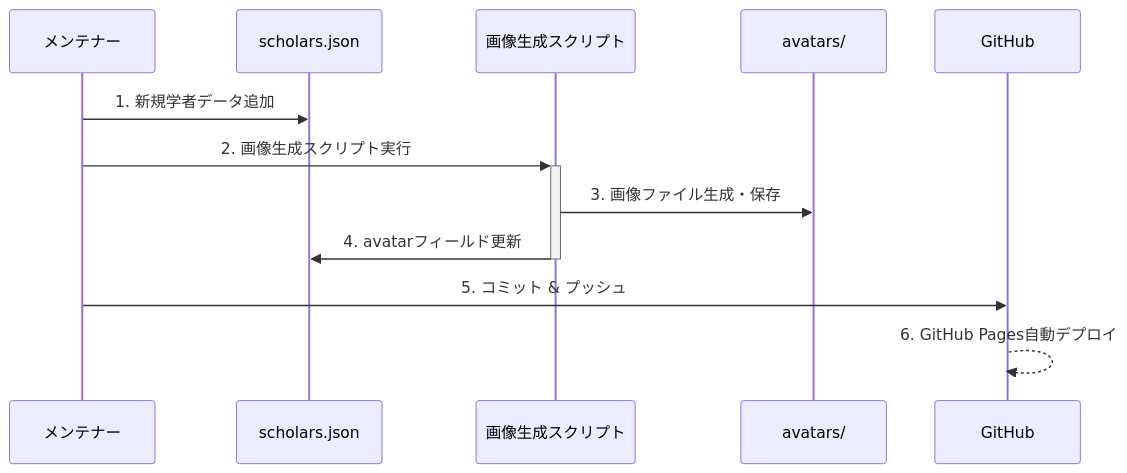
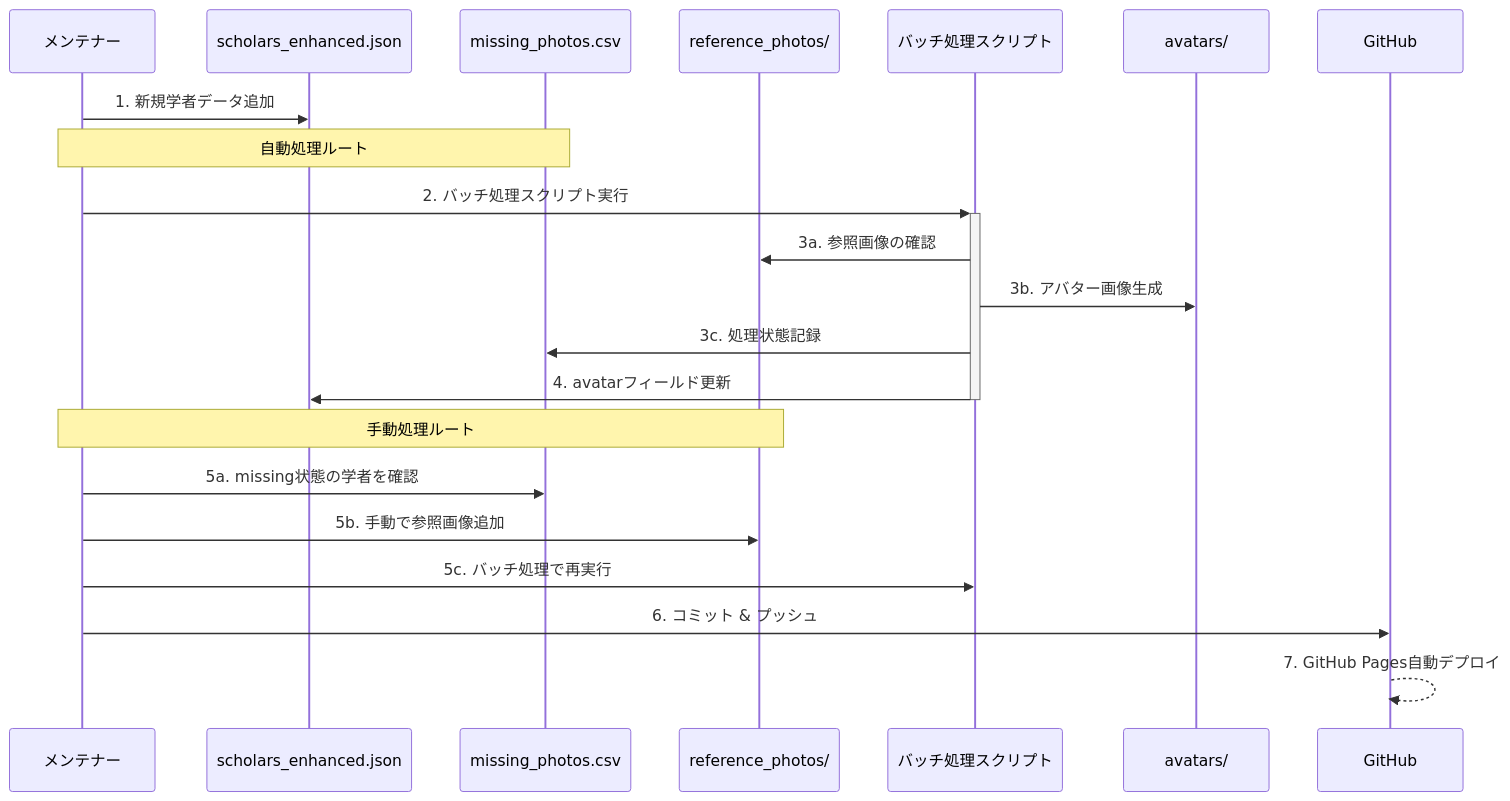
Before and after one commit to SRWS-PSG/epi-gacha: the third of 3 diagrams in PROJECT_PLAN.md, drawn with Mermaid. The commit also changed other lines of this file and 54 other files, not shown here.

````diff
--- a/PROJECT_PLAN.md
+++ b/PROJECT_PLAN.md
@@ -105,15 +169,26 @@
 ```mermaid
 sequenceDiagram
     participant M as メンテナー
-    participant J as scholars.json
-    participant S as 画像生成スクリプト
+    participant J as scholars_enhanced.json
+    participant C as missing_photos.csv
+    participant R as reference_photos/
+    participant S as バッチ処理スクリプト
     participant A as avatars/
     participant G as GitHub
     
     M->>J: 1. 新規学者データ追加
-    M->>+S: 2. 画像生成スクリプト実行
-    S->>A: 3. 画像ファイル生成・保存
+    Note over M,C: 自動処理ルート
+    M->>+S: 2. バッチ処理スクリプト実行
+    S->>R: 3a. 参照画像の確認
+    S->>A: 3b. アバター画像生成
+    S->>C: 3c. 処理状態記録
     S->>-J: 4. avatarフィールド更新
-    M->>G: 5. コミット & プッシュ
-    G-->>G: 6. GitHub Pages自動デプロイ
+    
+    Note over M,R: 手動処理ルート
+    M->>C: 5a. missing状態の学者を確認
+    M->>R: 5b. 手動で参照画像追加
+    M->>S: 5c. バッチ処理で再実行
+    
+    M->>G: 6. コミット & プッシュ
+    G-->>G: 7. GitHub Pages自動デプロイ
 ```
````
